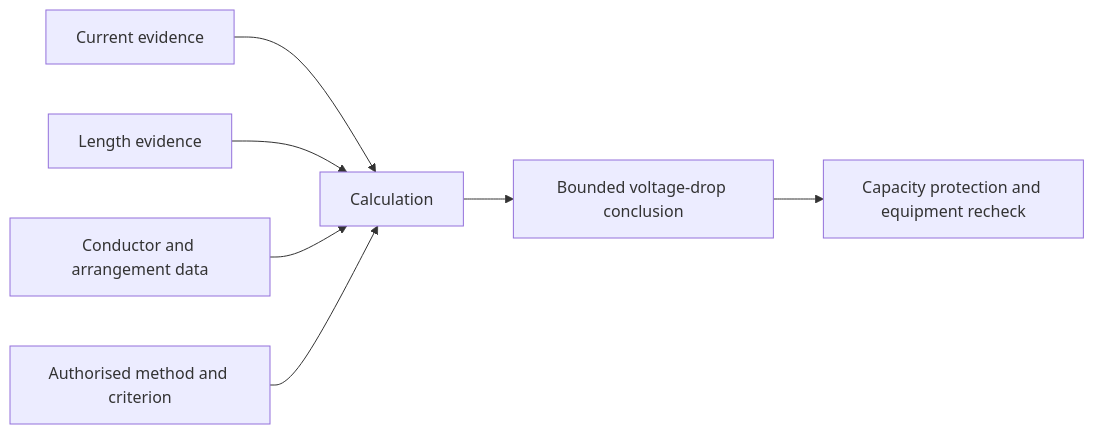
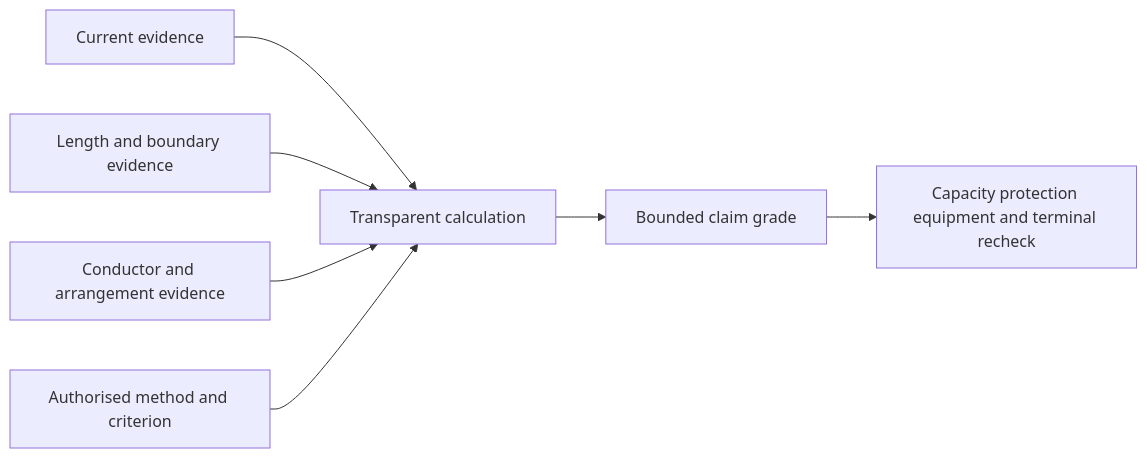
One commit to andrew3stedall/capstone changed the second of 2 diagrams in docs/learning-plans/6-week/modules/day-18-voltage-drop-concepts-and-calculation-workflow.md. Above: the diagram before and after it, drawn with Mermaid. The commit also changed other lines of this file, not shown here.

Commit message:
Improve Day 18 voltage-drop learning module

````diff
--- a/docs/learning-plans/6-week/modules/day-18-voltage-drop-concepts-and-calculation-workflow.md
+++ b/docs/learning-plans/6-week/modules/day-18-voltage-drop-concepts-and-calculation-workflow.md
@@ -126,9 +182,9 @@
 ```mermaid
 flowchart LR
-    I[Current evidence] --> C[Calculation]
-    L[Length evidence] --> C
-    D[Conductor and arrangement data] --> C
-    S[Authorised method and criterion] --> C
-    C --> R[Bounded voltage-drop conclusion]
-    R --> X[Capacity protection and equipment recheck]
+    I18A[Current evidence] --> C18A[Transparent calculation]
+    L18A[Length and boundary evidence] --> C18A
+    D18A[Conductor and arrangement evidence] --> C18A
+    S18A[Authorised method and criterion] --> C18A
+    C18A --> R18A[Bounded claim grade]
+    R18A --> X18A[Capacity protection equipment and terminal recheck]
 ```
````
